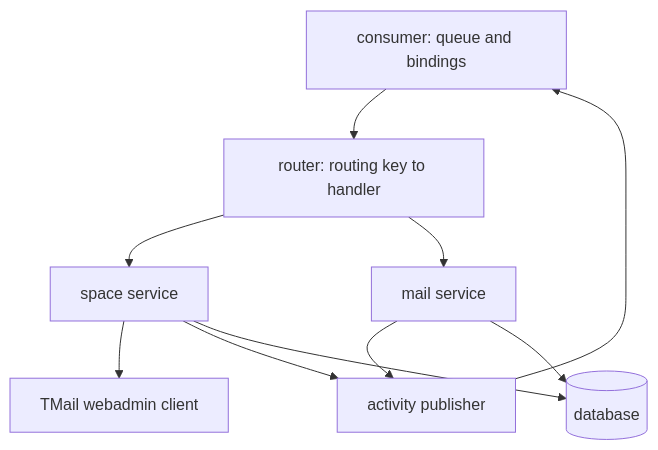
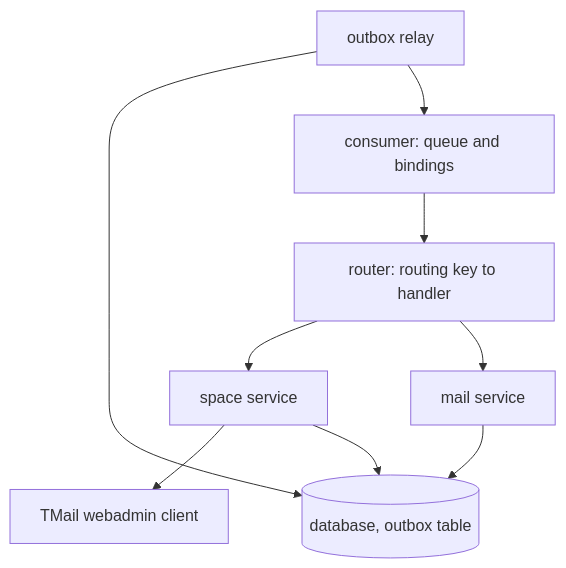
The second of 3 diagrams in docs/architecture.md (linagora/twake-mail-side-service), drawn with Mermaid before and after one commit. The commit also changed other lines of this file and 4 other files, not shown here.

Commit message:
docs: the outbox, its relay and the provisioned event id

````diff
--- a/docs/architecture.md
+++ b/docs/architecture.md
@@ -26,12 +26,11 @@
 ```mermaid
 flowchart TB
   consumer[consumer: queue and bindings] --> router[router: routing key to handler]
   router --> spaces[space service]
   router --> mail[mail service]
   spaces --> tmailc[TMail webadmin client]
-  spaces --> activity[activity publisher]
-  mail --> activity
-  spaces --> db[(database)]
+  spaces --> db[(database, outbox table)]
   mail --> db
-  activity --> consumer
+  relay[outbox relay] --> db
+  relay --> consumer
 ```
````
